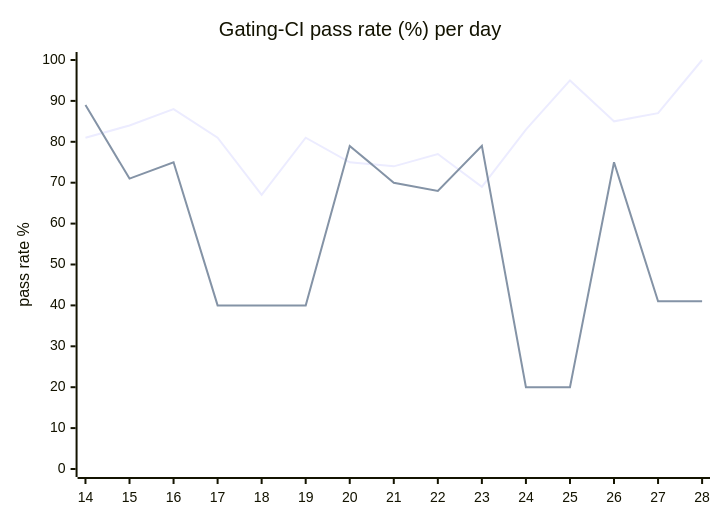
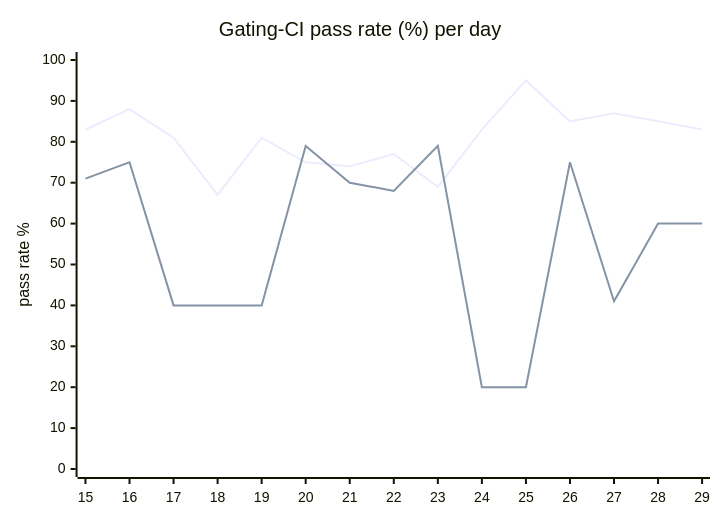
One commit to hatchet-dev/hatchet changed the diagram in hack/ci/ci-dashboard/staging/issue.md. Above: the diagram before and after it, drawn with Mermaid. The commit also changed other lines of this file, not shown here.

````diff
--- a/hack/ci/ci-dashboard/staging/issue.md
+++ b/hack/ci/ci-dashboard/staging/issue.md
@@ -9,8 +9,8 @@
 ```mermaid
 xychart-beta
   title "Gating-CI pass rate (%) per day"
-  x-axis [14, 15, 16, 17, 18, 19, 20, 21, 22, 23, 24, 25, 26, 27, 28]
+  x-axis [15, 16, 17, 18, 19, 20, 21, 22, 23, 24, 25, 26, 27, 28, 29]
   y-axis "pass rate %" 0 --> 100
-  line "CI" [81, 84, 88, 81, 67, 81, 75, 74, 77, 69, 83, 95, 85, 87, 100]
-  line "main" [89, 71, 75, 40, 40, 40, 79, 70, 68, 79, 20, 20, 75, 41, 41]
+  line "CI" [83, 88, 81, 67, 81, 75, 74, 77, 69, 83, 95, 85, 87, 85, 83]
+  line "main" [71, 75, 40, 40, 40, 79, 70, 68, 79, 20, 20, 75, 41, 60, 60]
 ```
````
